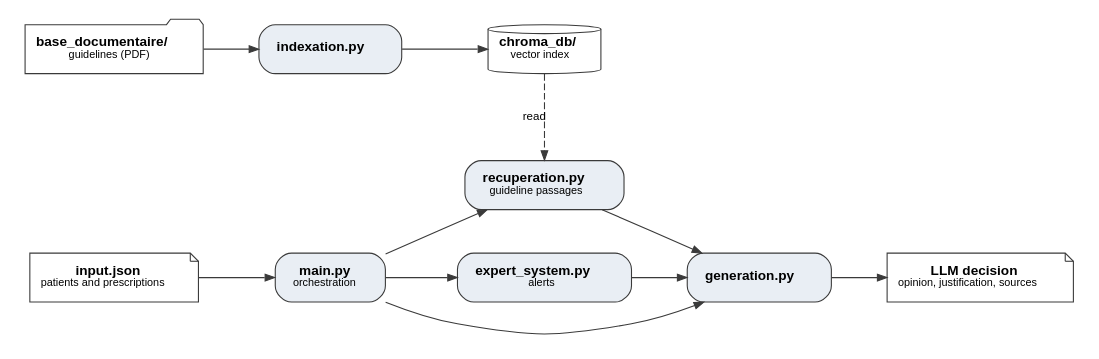
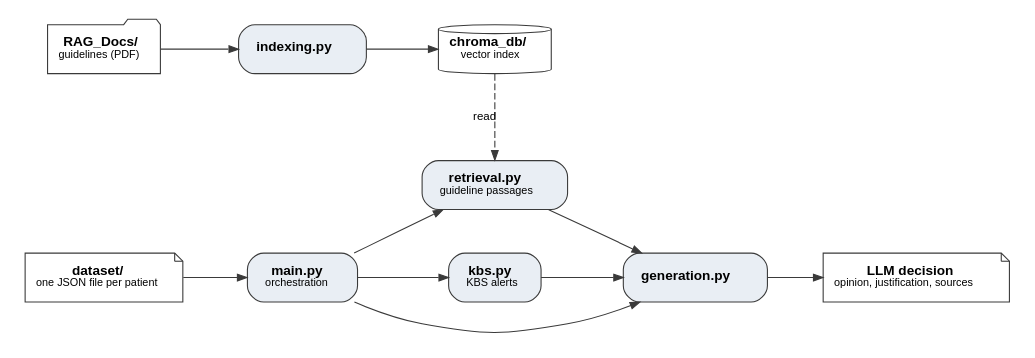
One commit to naikenisen/projet_pui changed the diagram in paper/figures_en/figure_1.dot. Above: the diagram before and after it, drawn with Graphviz. The commit also changed 157 other files, not shown here.

```diff
--- a/paper/figures_en/figure_1.dot
+++ b/paper/figures_en/figure_1.dot
@@ -1,37 +1,37 @@
 // Figure 1: pipeline architecture (links between scripts, see README.md)
 // Export: dot -Tpdf figure_1.dot -o figure_1.pdf
 digraph architecture {
     graph [rankdir=LR, fontname="Helvetica", nodesep=0.45, ranksep=0.55, pad=0.15, newrank=true];
     node  [fontname="Helvetica", fontsize=10, color="#3A3A3A", penwidth=0.8];
     edge  [fontname="Helvetica", fontsize=8.5, color="#3A3A3A", arrowsize=0.7, penwidth=0.8];
 
     // Data
     node [shape=folder, style=filled, fillcolor="#FFFFFF"];
-    base     [label=<<B>base_documentaire/</B><BR/><FONT POINT-SIZE="8.5">guidelines (PDF)</FONT>>];
-    patients [shape=note, label=<<B>input.json</B><BR/><FONT POINT-SIZE="8.5">patients and prescriptions</FONT>>];
+    base     [label=<<B>RAG_Docs/</B><BR/><FONT POINT-SIZE="8.5">guidelines (PDF)</FONT>>];
+    patients [shape=note, label=<<B>dataset/</B><BR/><FONT POINT-SIZE="8.5">one JSON file per patient</FONT>>];
     chroma   [shape=cylinder, label=<<B>chroma_db/</B><BR/><FONT POINT-SIZE="8.5">vector index</FONT>>];
     decision [shape=note, label=<<B>LLM decision</B><BR/><FONT POINT-SIZE="8.5">opinion, justification, sources</FONT>>];
 
     // Scripts
     node [shape=box, style="rounded,filled", fillcolor="#E9EEF4", margin="0.18,0.08"];
-    indexation [label=<<B>indexation.py</B>>];
+    indexing [label=<<B>indexing.py</B>>];
     main       [label=<<B>main.py</B><BR/><FONT POINT-SIZE="8.5">orchestration</FONT>>];
-    recup      [label=<<B>recuperation.py</B><BR/><FONT POINT-SIZE="8.5">guideline passages</FONT>>];
-    expert     [label=<<B>expert_system.py</B><BR/><FONT POINT-SIZE="8.5">alerts</FONT>>];
+    retrieval      [label=<<B>retrieval.py</B><BR/><FONT POINT-SIZE="8.5">guideline passages</FONT>>];
+    kbs        [label=<<B>kbs.py</B><BR/><FONT POINT-SIZE="8.5">KBS alerts</FONT>>];
     generation [label=<<B>generation.py</B>>];
 
     { rank=same; base; patients; }
-    { rank=same; indexation; main; }
-    { rank=same; chroma; recup; expert; }
+    { rank=same; indexing; main; }
+    { rank=same; chroma; retrieval; kbs; }
 
-    base -> indexation -> chroma;
-    chroma -> recup [style=dashed, label="read"];
+    base -> indexing -> chroma;
+    chroma -> retrieval [style=dashed, label="read"];
 
     patients -> main;
     main -> generation;
-    main -> recup;
-    main -> expert;
-    recup -> generation;
-    expert -> generation;
+    main -> retrieval;
+    main -> kbs;
+    retrieval -> generation;
+    kbs -> generation;
     generation -> decision;
 }
```
